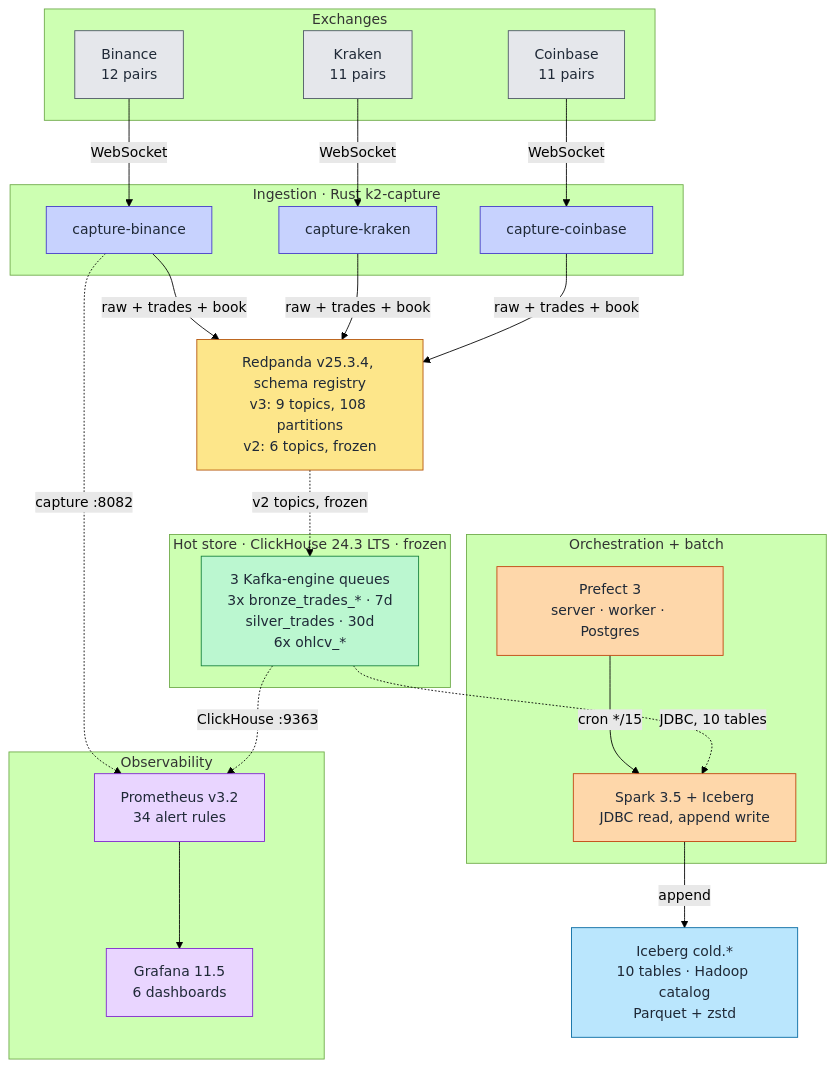
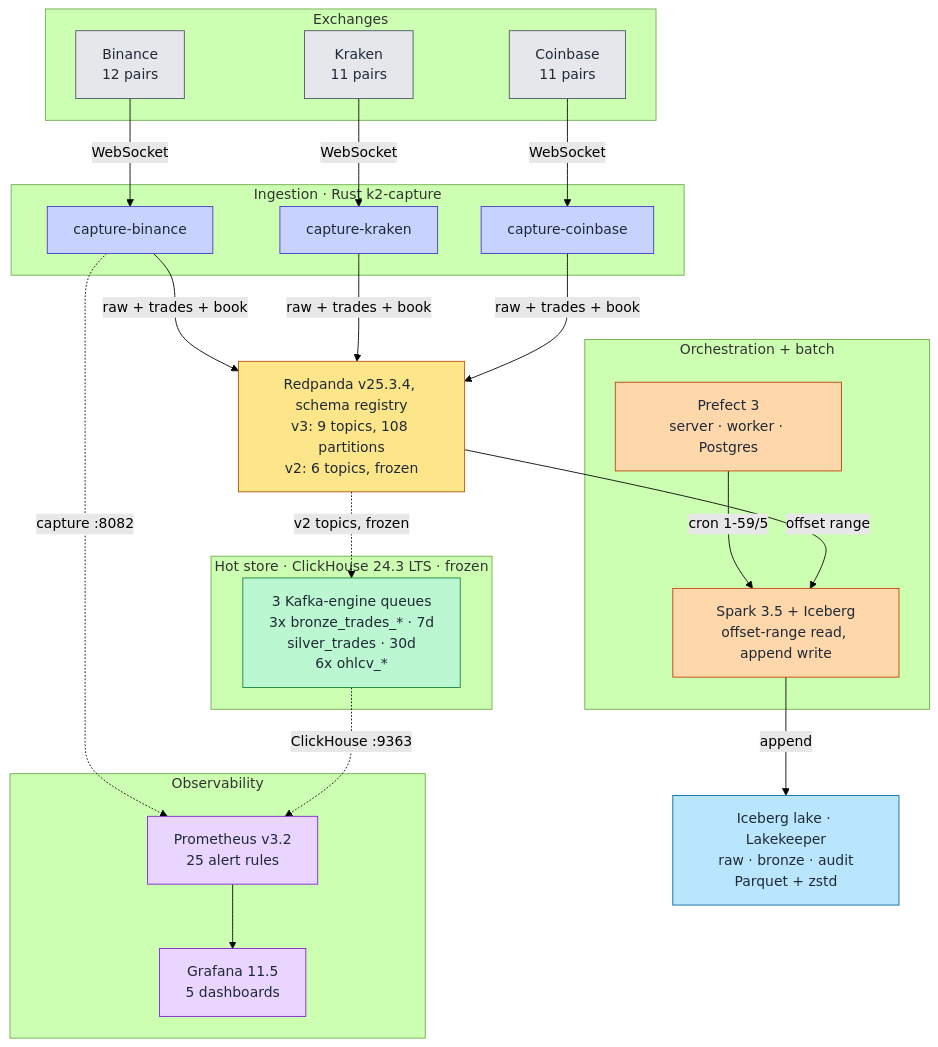
One commit to rjdscott/k2-market-data-platform changed the first of 5 diagrams in docs/architecture/README.md. Above: the diagram before and after it, drawn with Mermaid (forest theme). The commit also changed other lines of this file and 43 other files, not shown here.

````diff
--- a/docs/architecture/README.md
+++ b/docs/architecture/README.md
@@ -13,62 +13,62 @@
 ```mermaid
 flowchart TB
     subgraph EX["Exchanges"]
         BIN["Binance<br/>12 pairs"]
         KRK["Kraken<br/>11 pairs"]
         CBS["Coinbase<br/>11 pairs"]
     end
 
     subgraph FH["Ingestion · Rust k2-capture"]
         FHB["capture-binance"]
         FHK["capture-kraken"]
         FHC["capture-coinbase"]
     end
 
     RP["Redpanda v25.3.4, schema registry<br/>v3: 9 topics, 108 partitions<br/>v2: 6 topics, frozen"]
 
     subgraph CH["Hot store · ClickHouse 24.3 LTS · frozen"]
         MED["3 Kafka-engine queues<br/>3x bronze_trades_* · 7d<br/>silver_trades · 30d<br/>6x ohlcv_*"]
     end
 
     subgraph BATCH["Orchestration + batch"]
         PF["Prefect 3<br/>server · worker · Postgres"]
-        SP["Spark 3.5 + Iceberg<br/>JDBC read, append write"]
+        SP["Spark 3.5 + Iceberg<br/>offset-range read, append write"]
     end
 
-    ICE["Iceberg cold.*<br/>10 tables · Hadoop catalog<br/>Parquet + zstd"]
+    ICE["Iceberg lake · Lakekeeper<br/>raw · bronze · audit<br/>Parquet + zstd"]
 
     subgraph OBS["Observability"]
-        PR["Prometheus v3.2<br/>34 alert rules"]
-        GR["Grafana 11.5<br/>6 dashboards"]
+        PR["Prometheus v3.2<br/>25 alert rules"]
+        GR["Grafana 11.5<br/>5 dashboards"]
     end
 
     BIN -->|WebSocket| FHB
     KRK -->|WebSocket| FHK
     CBS -->|WebSocket| FHC
     FHB -->|"raw + trades + book"| RP
     FHK -->|"raw + trades + book"| RP
     FHC -->|"raw + trades + book"| RP
     RP -.->|"v2 topics, frozen"| MED
-    PF -->|"cron */15"| SP
-    MED -.->|"JDBC, 10 tables"| SP
+    PF -->|"cron 1-59/5"| SP
+    RP -->|"offset range"| SP
     SP -->|append| ICE
     FHB -.->|"capture :8082"| PR
     MED -.->|"ClickHouse :9363"| PR
     PR --> GR
 
     classDef exchange fill:#e5e7eb,stroke:#4b5563,color:#1f2937
     classDef rust fill:#c7d2fe,stroke:#4338ca,color:#1f2937
     classDef stream fill:#fde68a,stroke:#b45309,color:#1f2937
     classDef ch fill:#bbf7d0,stroke:#15803d,color:#1f2937
     classDef batch fill:#fed7aa,stroke:#c2410c,color:#1f2937
     classDef storage fill:#bae6fd,stroke:#0369a1,color:#1f2937
     classDef obs fill:#e9d5ff,stroke:#7e22ce,color:#1f2937
 
     class BIN,KRK,CBS exchange
     class FHB,FHK,FHC rust
     class RP stream
     class MED ch
     class PF,SP batch
     class ICE storage
     class PR,GR obs
 ```
````
